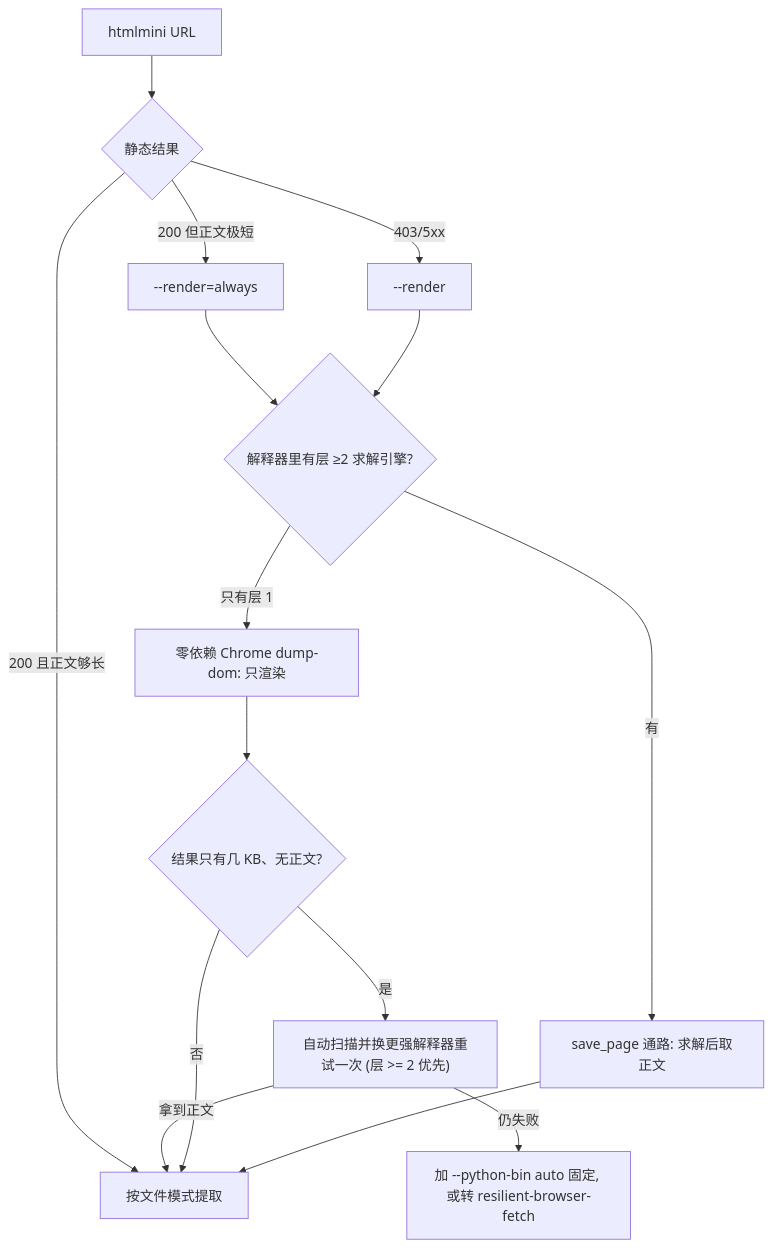
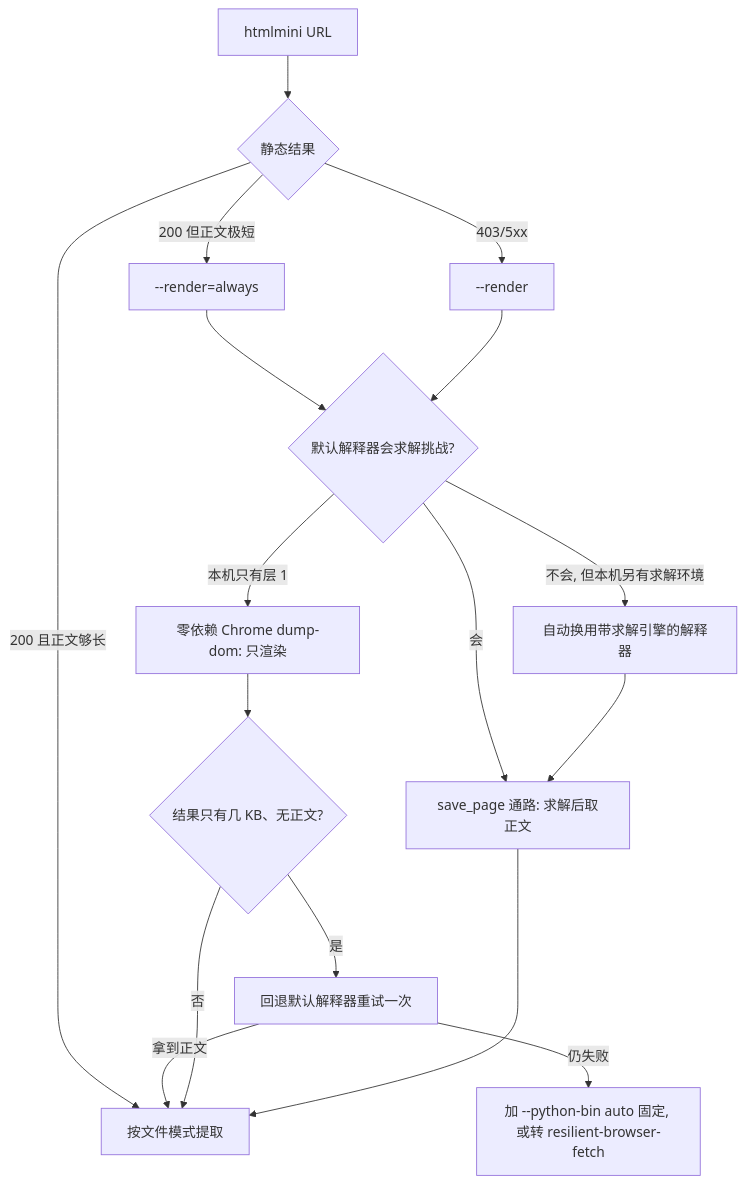
The diagram in skills/htmlmini/references/usage-cases.md (xuchaoxin1375/skills-for-developer), drawn with Mermaid before and after one commit. The commit also changed other lines of this file and 10 other files, not shown here.

````diff
--- a/skills/htmlmini/references/usage-cases.md
+++ b/skills/htmlmini/references/usage-cases.md
@@ -103,17 +104,19 @@
 ```mermaid
 flowchart TD
     S["htmlmini URL"] --> A{静态结果}
     A -->|"200 且正文够长"| X["按文件模式提取"]
     A -->|"200 但正文极短"| RA["--render=always"]
     A -->|"403/5xx"| R["--render"]
-    RA --> P{"解释器里有层 ≥2 求解引擎?"}
+    RA --> P{"默认解释器会求解挑战?"}
     R --> P
-    P -->|"有"| SP["save_page 通路: 求解后取正文"]
-    P -->|"只有层 1"| CH["零依赖 Chrome dump-dom: 只渲染"]
+    P -->|"不会, 但本机另有求解环境"| SW["自动换用带求解引擎的解释器"]
+    P -->|"会"| SP["save_page 通路: 求解后取正文"]
+    P -->|"本机只有层 1"| CH["零依赖 Chrome dump-dom: 只渲染"]
+    SW --> SP
     CH --> Q{结果只有几 KB、无正文?}
-    Q -->|"是"| ESC["自动扫描并换更强解释器重试一次 (层 >= 2 优先)"]
-    ESC -->|"仍失败"| FIX["加 --python-bin auto 固定, 或转 resilient-browser-fetch"]
-    ESC -->|"拿到正文"| X
+    Q -->|"是"| FB["回退默认解释器重试一次"]
+    FB -->|"仍失败"| FIX["加 --python-bin auto 固定, 或转 resilient-browser-fetch"]
+    FB -->|"拿到正文"| X
     Q -->|"否"| X
     SP --> X
 ```
````
